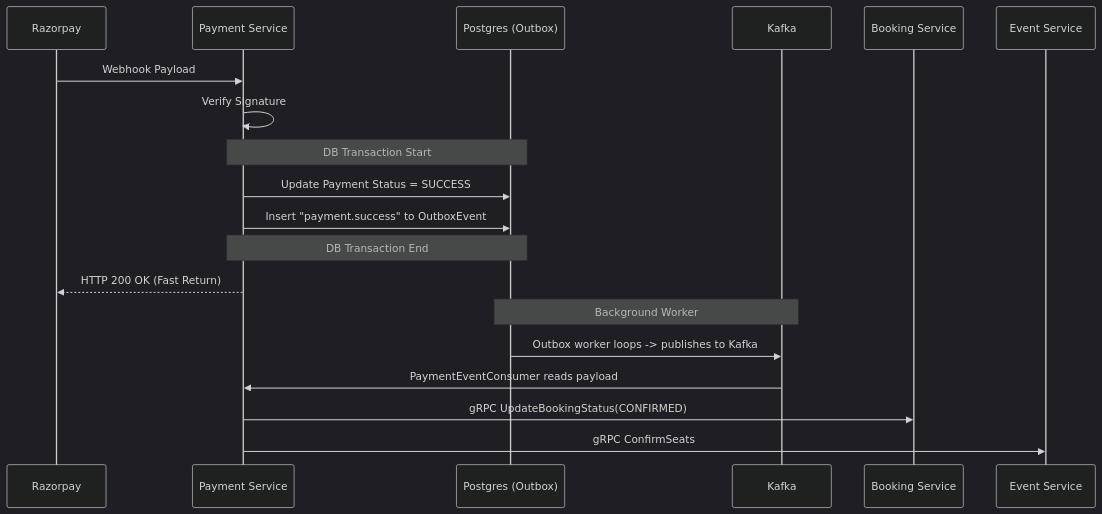
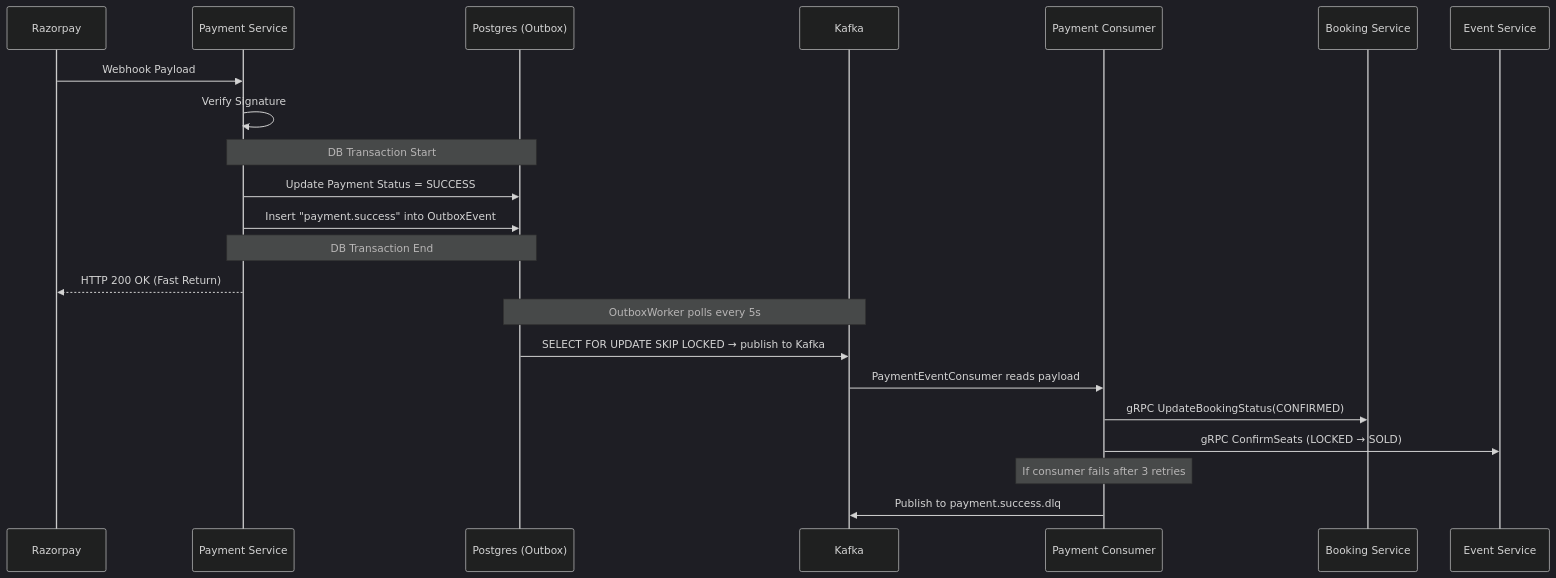
Before and after one commit to NithinKS007/EP-Microservices: the third of 5 diagrams in docs/05_Impact_and_Diagrams.md, drawn with Mermaid (dark theme). The commit also changed other lines of this file and 6 other files, not shown here.

````diff
--- a/docs/05_Impact_and_Diagrams.md
+++ b/docs/05_Impact_and_Diagrams.md
@@ -48,23 +50,27 @@
 ```mermaid
 sequenceDiagram
     participant R as Razorpay
     participant P as Payment Service
     participant DB as Postgres (Outbox)
     participant K as Kafka
+    participant PC as Payment Consumer
     participant B as Booking Service
     participant E as Event Service
 
     R->>P: Webhook Payload
     P->>P: Verify Signature
     Note over P,DB: DB Transaction Start
     P->>DB: Update Payment Status = SUCCESS
-    P->>DB: Insert "payment.success" to OutboxEvent
+    P->>DB: Insert "payment.success" into OutboxEvent
     Note over P,DB: DB Transaction End
     P-->>R: HTTP 200 OK (Fast Return)
 
-    Note over DB,K: Background Worker
-    DB->>K: Outbox worker loops -> publishes to Kafka
-    K->>P: PaymentEventConsumer reads payload
-    P->>B: gRPC UpdateBookingStatus(CONFIRMED)
-    P->>E: gRPC ConfirmSeats
+    Note over DB,K: OutboxWorker polls every 5s
+    DB->>K: SELECT FOR UPDATE SKIP LOCKED → publish to Kafka
+    K->>PC: PaymentEventConsumer reads payload
+    PC->>B: gRPC UpdateBookingStatus(CONFIRMED)
+    PC->>E: gRPC ConfirmSeats (LOCKED → SOLD)
+
+    Note over PC: If consumer fails after 3 retries
+    PC->>K: Publish to payment.success.dlq
 ```
````
